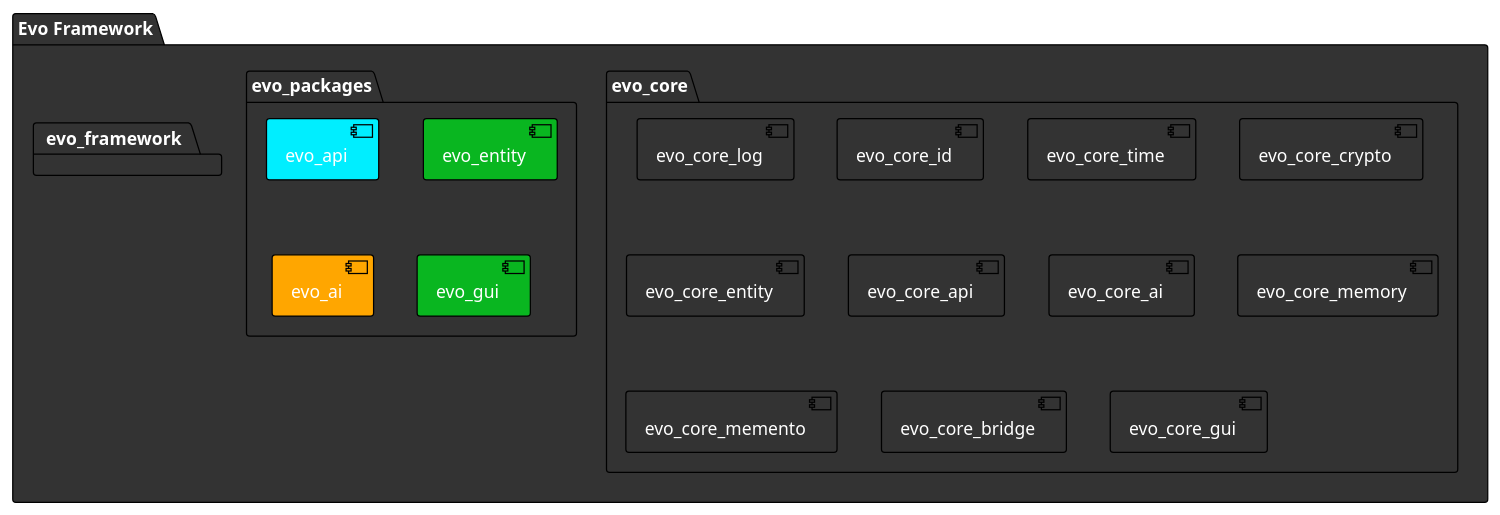
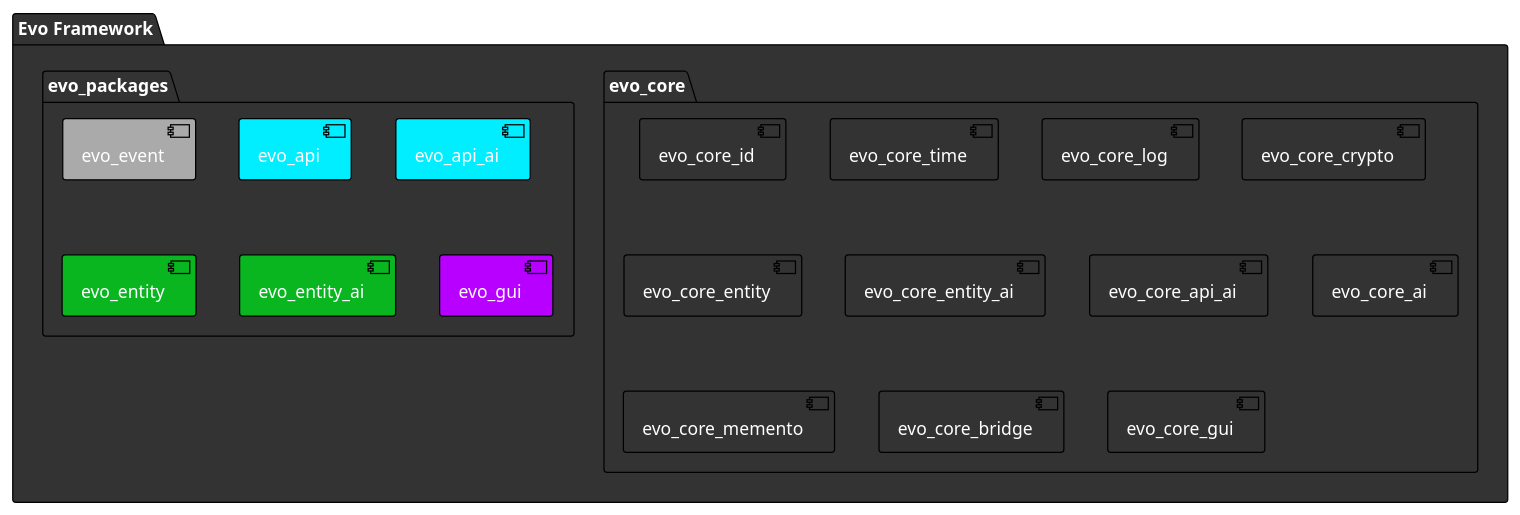
The diagram in data/evo_package.puml (cyborg-ai-git/doc_evo_framework_ai), drawn with PlantUML before and after one commit. The commit also changed 7 other files, not shown here.

```diff
--- a/data/evo_package.puml
+++ b/data/evo_package.puml
@@ -1,45 +1,32 @@
 @startuml
 !theme plain
-
 ' Global dark theme
 skinparam BackgroundColor transparent
 skinparam defaultFontColor #FFFFFFF
 
 package "Evo Framework" #333333{
-
- package "evo_framework"  #333333{
-
-
-  }
-
-
    package "evo_core"  #333333{
-
-     [evo_core_log]  #333333
-      [evo_core_id]  #333333
-      [evo_core_time]  #333333
-      [evo_core_crypto]  #333333
-      [evo_core_entity]  #333333
-       [evo_core_api]  #333333
-        [evo_core_ai] #333333
-         [evo_core_memory] #333333
-          [evo_core_memento] #333333
-          [evo_core_bridge] #333333
-          [evo_core_gui] #333333
+    [evo_core_id]  #333333
+    [evo_core_time]  #333333
+    [evo_core_log]  #333333
+    [evo_core_crypto]  #333333
+    [evo_core_entity]  #333333
+    [evo_core_entity_ai]  #333333
+    [evo_core_entity]  #333333
+    [evo_core_api_ai]  #333333
+    [evo_core_ai] #333333
+    [evo_core_memento] #333333
+    [evo_core_bridge] #333333
+    [evo_core_gui] #333333
    }
 
-       package "evo_packages"  #333333{
-
-             [evo_api]  #00eeff
-             [evo_entity] #09b620
-             [evo_ai]  #ffa600
-             [evo_gui] #09b620
-            }
-
-
-
+   package "evo_packages"  #333333{
+     [evo_event]  #aaaaaa
+     [evo_api]  #00eeff
+     [evo_api_ai]  #00eeff
+     [evo_entity] #09b620
+     [evo_entity_ai] #09b620
+     [evo_gui] #b700ff
+   }
 }
-
-
-
 @enduml
```
